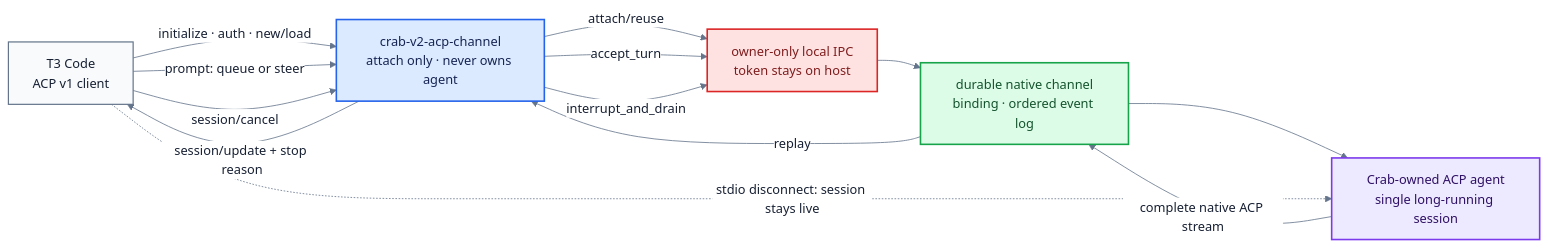
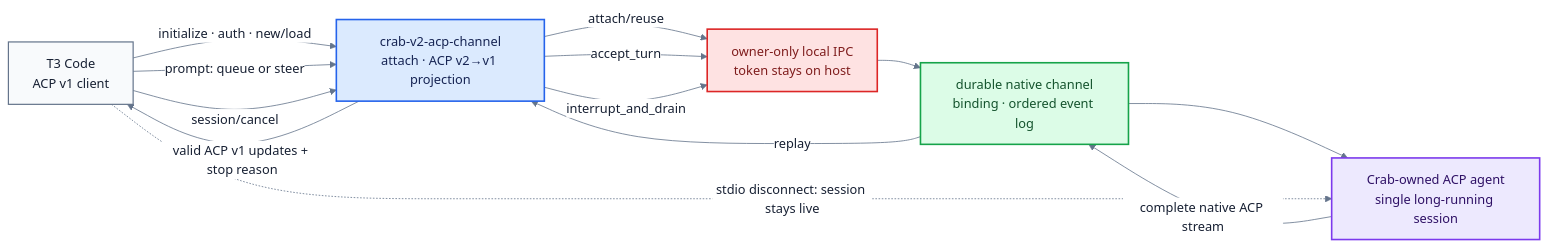
The diagram in v2/docs/acp-channel-facade-flow.mmd (fontanierh/crab), drawn with Mermaid before and after one commit. The commit also changed 3 other files, not shown here.

Commit message:
fix(v2): project ACP updates through v1 facade (#264)

```diff
--- a/v2/docs/acp-channel-facade-flow.mmd
+++ b/v2/docs/acp-channel-facade-flow.mmd
@@ -1,30 +1,30 @@
 %%{init: {"theme": "base", "themeVariables": {"fontFamily": "ui-sans-serif, system-ui, sans-serif", "primaryTextColor": "#172033", "lineColor": "#64748b", "edgeLabelBackground": "#ffffff"}, "flowchart": {"curve": "basis", "nodeSpacing": 42, "rankSpacing": 54}}}%%
 flowchart LR
     T3["T3 Code<br/>ACP v1 client"]
-    FACADE["crab-v2-acp-channel<br/>attach only · never owns agent"]
+    FACADE["crab-v2-acp-channel<br/>attach · ACP v2→v1 projection"]
     IPC["owner-only local IPC<br/>token stays on host"]
     CHANNEL["durable native channel<br/>binding · ordered event log"]
     AGENT["Crab-owned ACP agent<br/>single long-running session"]
 
     T3 -->|"initialize · auth · new/load"| FACADE
     FACADE -->|"attach/reuse"| IPC
     IPC --> CHANNEL --> AGENT
     T3 -->|"prompt: queue or steer"| FACADE
     FACADE -->|"accept_turn"| IPC
     AGENT -->|"complete native ACP stream"| CHANNEL
     CHANNEL -->|"replay"| FACADE
-    FACADE -->|"session/update + stop reason"| T3
+    FACADE -->|"valid ACP v1 updates + stop reason"| T3
     T3 -->|"session/cancel"| FACADE
     FACADE -->|"interrupt_and_drain"| IPC
     T3 -. "stdio disconnect: session stays live" .-> AGENT
 
     classDef client fill:#f8fafc,stroke:#64748b,stroke-width:1.5px,color:#172033;
     classDef facade fill:#dbeafe,stroke:#2563eb,stroke-width:2px,color:#172554;
     classDef guard fill:#fee2e2,stroke:#dc2626,stroke-width:2px,color:#7f1d1d;
     classDef durable fill:#dcfce7,stroke:#16a34a,stroke-width:2px,color:#14532d;
     classDef agent fill:#ede9fe,stroke:#7c3aed,stroke-width:2px,color:#2e1065;
     class T3 client;
     class FACADE facade;
     class IPC guard;
     class CHANNEL durable;
     class AGENT agent;
```
